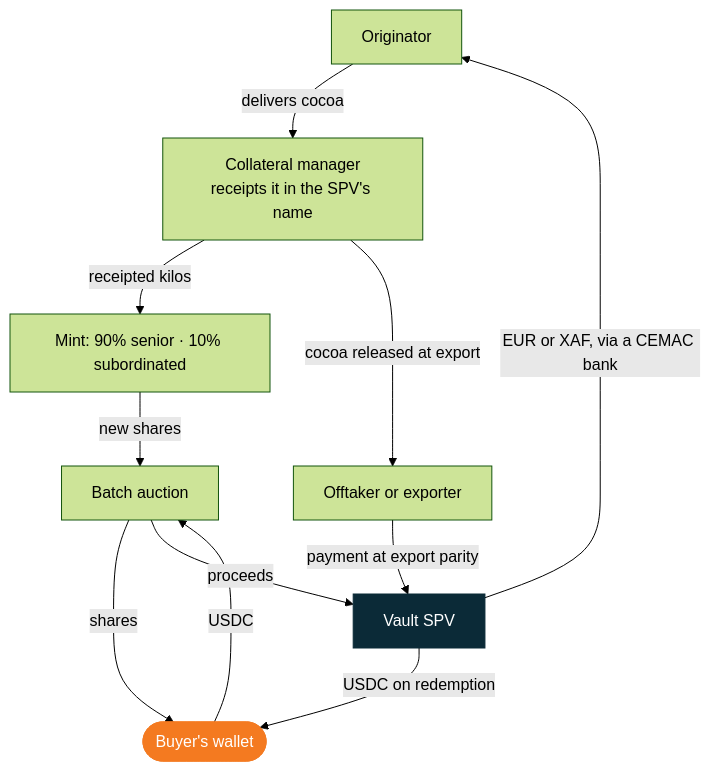
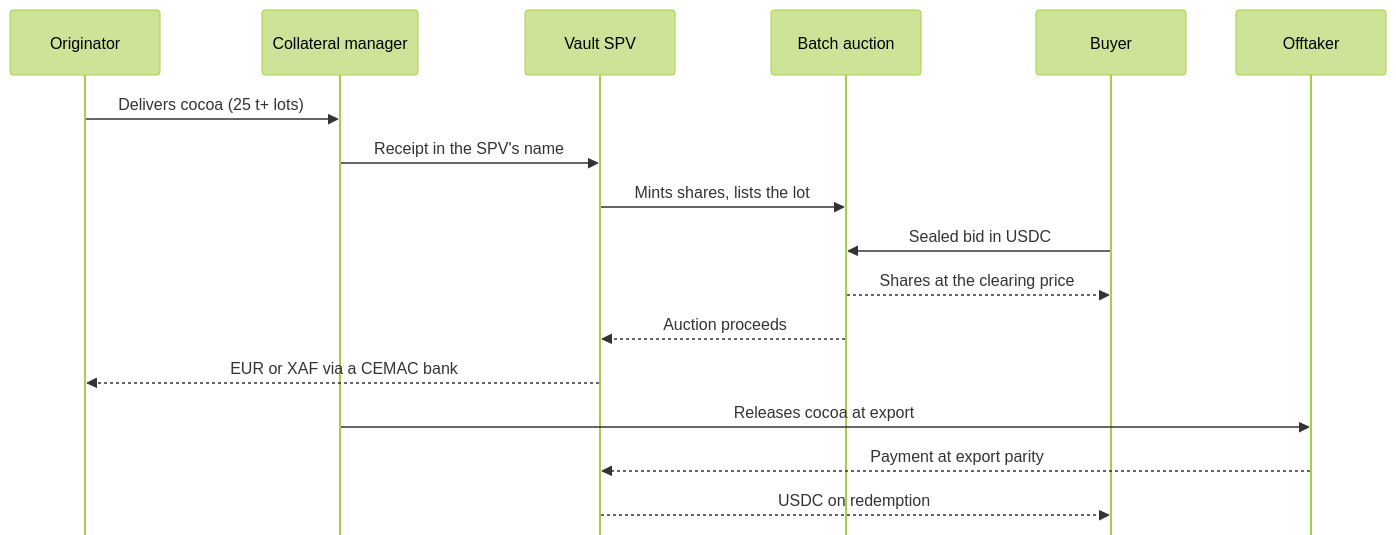
Before and after one commit to cargofinance/documentation: the diagram in ecosystem/protocol.mdx, drawn with Mermaid (forest theme). The commit also changed other lines of this file and 4 other files, not shown here.

First line of the commit message:
Widen diagrams and make them work in light and dark mode

````diff
--- a/ecosystem/protocol.mdx
+++ b/ecosystem/protocol.mdx
@@ -25,17 +25,20 @@
 ```mermaid
-flowchart TD
-    O["Originator"] -- "delivers cocoa" --> CM["Collateral manager<br/>receipts it in the SPV's name"]
-    CM -- "receipted kilos" --> M["Mint: 90% senior · 10% subordinated"]
-    M -- "new shares" --> A["Batch auction"]
-    W(["Buyer's wallet"]) -- "USDC" --> A
-    A -- "shares" --> W
-    A -- "proceeds" --> SPV["Vault SPV"]
-    SPV -- "EUR or XAF, via a CEMAC bank" --> O
-    CM -- "cocoa released at export" --> X["Offtaker or exporter"]
-    X -- "payment at export parity" --> SPV
-    SPV -- "USDC on redemption" --> W
-    classDef navy fill:#0B2A37,stroke:#0B2A37,color:#ffffff
-    classDef orange fill:#F47A20,stroke:#F47A20,color:#ffffff
-    class SPV navy
-    class W orange
+%%{init: {"sequence": {"mirrorActors": false}}}%%
+sequenceDiagram
+    participant O as Originator
+    participant CM as Collateral manager
+    participant SPV as Vault SPV
+    participant A as Batch auction
+    participant B as Buyer
+    participant X as Offtaker
+    O->>CM: Delivers cocoa (25 t+ lots)
+    CM->>SPV: Receipt in the SPV's name
+    SPV->>A: Mints shares, lists the lot
+    B->>A: Sealed bid in USDC
+    A-->>B: Shares at the clearing price
+    A-->>SPV: Auction proceeds
+    SPV-->>O: EUR or XAF via a CEMAC bank
+    CM->>X: Releases cocoa at export
+    X-->>SPV: Payment at export parity
+    SPV-->>B: USDC on redemption
 ```
````
